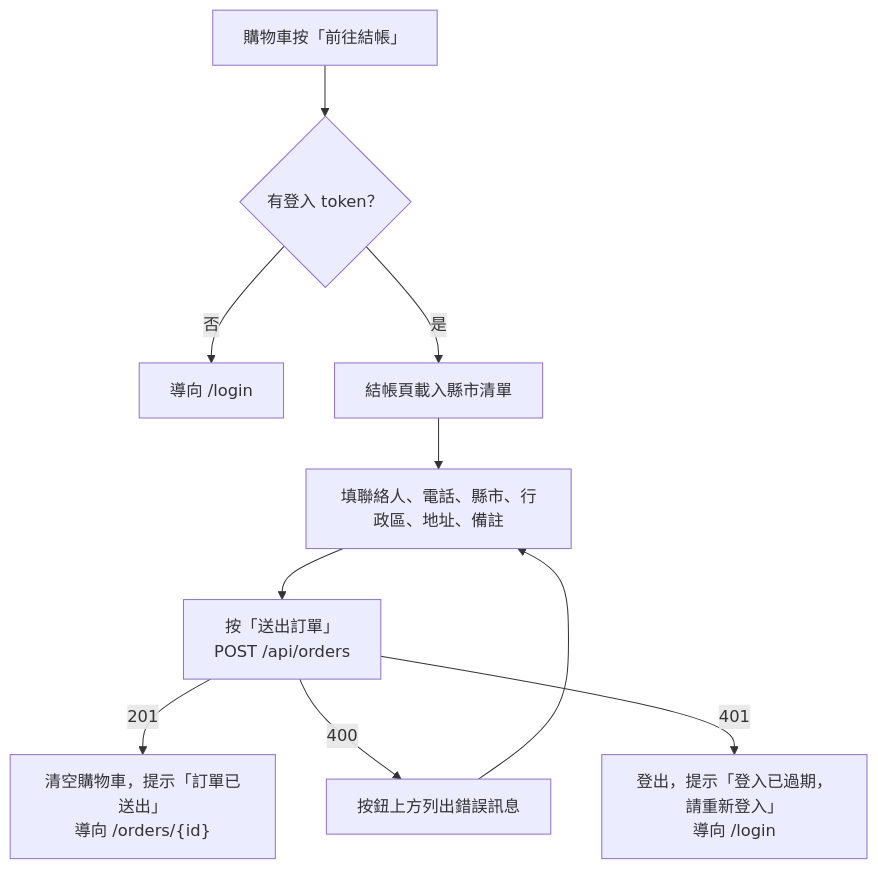
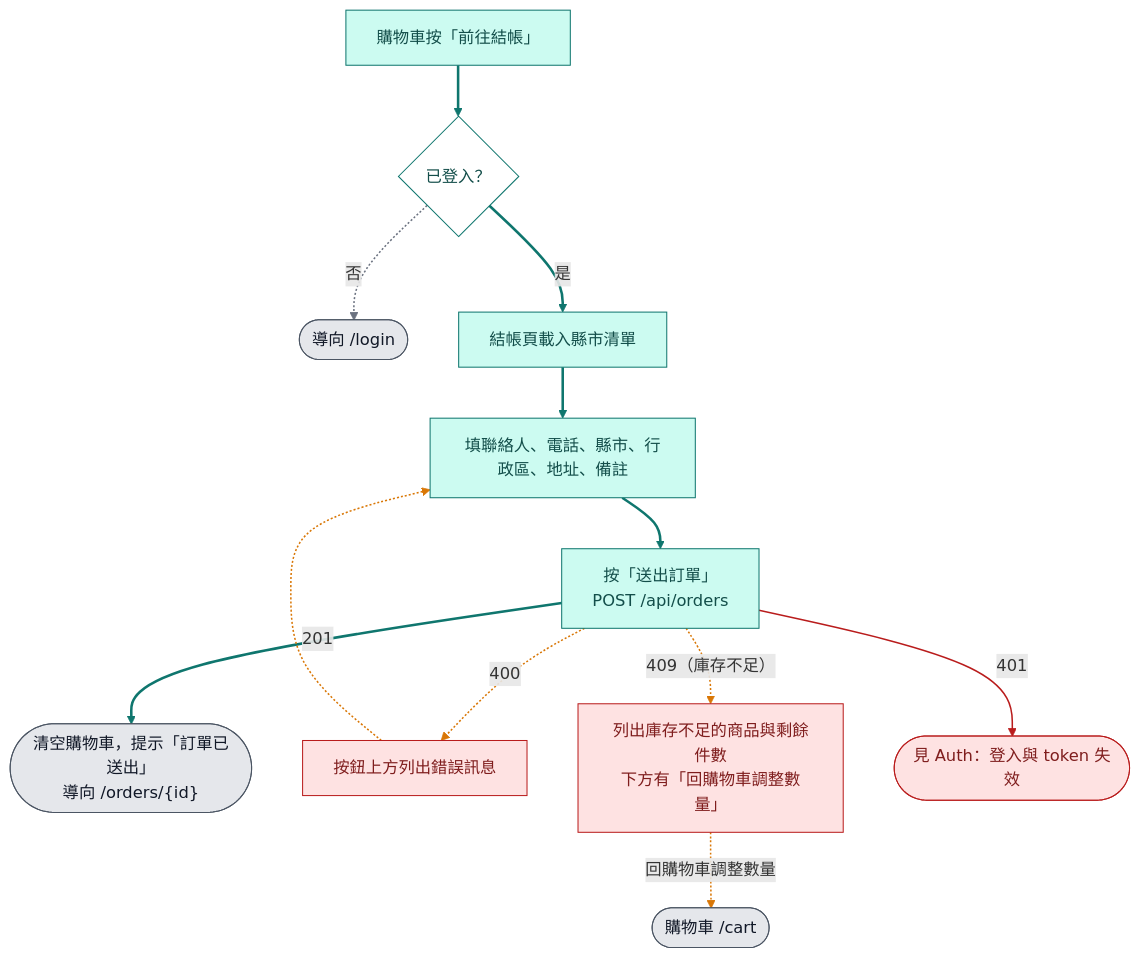
Before and after one commit to Jen-Chieh-Yu/konbini: the diagram in docs/modules/Orders.md, drawn with Mermaid. The commit also changed other lines of this file and 38 other files, not shown here.

````diff
--- a/docs/modules/Orders.md
+++ b/docs/modules/Orders.md
@@ -22,12 +22,28 @@
 ```mermaid
 flowchart TD
-  A["購物車按「前往結帳」"] --> B{"有登入 token？"}
-  B -- 否 --> L["導向 /login"]
-  B -- 是 --> C["結帳頁載入縣市清單"]
-  C --> F["填聯絡人、電話、縣市、行政區、地址、備註"]
-  F --> S["按「送出訂單」<br>POST /api/orders"]
-  S -- 201 --> OK["清空購物車，提示「訂單已送出」<br>導向 /orders/{id}"]
-  S -- 400 --> E["按鈕上方列出錯誤訊息"]
-  E --> F
-  S -- 401 --> X["登出，提示「登入已過期，請重新登入」<br>導向 /login"]
+  A["購物車按「前往結帳」"] ==> B{"已登入？"}
+  B -.->|否| L(["導向 /login"])
+  B ==>|是| C["結帳頁載入縣市清單"]
+  C ==> F["填聯絡人、電話、縣市、行政區、地址、備註"]
+  F ==> S["按「送出訂單」<br>POST /api/orders"]
+  S ==>|201| OK(["清空購物車，提示「訂單已送出」<br>導向 /orders/{id}"])
+  S -.->|400| E["按鈕上方列出錯誤訊息"]
+  E -.-> F
+  S -.->|"409（庫存不足）"| Q["列出庫存不足的商品與剩餘件數<br>下方有「回購物車調整數量」"]
+  Q -.->|回購物車調整數量| CART(["購物車 /cart"])
+  S -->|401| X(["見 Auth：登入與 token 失效"])
+
+  classDef step fill:#ccfbf1,stroke:#0f766e,color:#134e4a
+  classDef done fill:#e5e7eb,stroke:#4b5563,color:#111827
+  classDef stop fill:#fee2e2,stroke:#b91c1c,color:#7f1d1d
+  classDef ask fill:#ffffff,stroke:#0f766e,color:#134e4a
+  class A,C,F,S step
+  class B ask
+  class L,OK,CART done
+  class E,Q,X stop
+
+  linkStyle 0,2,3,4,5 stroke:#0f766e,stroke-width:2.5px
+  linkStyle 1 stroke:#6b7280,stroke-width:1.5px
+  linkStyle 6,7,8,9 stroke:#d97706,stroke-width:1.5px
+  linkStyle 10 stroke:#b91c1c,stroke-width:1.5px
 ```
````
